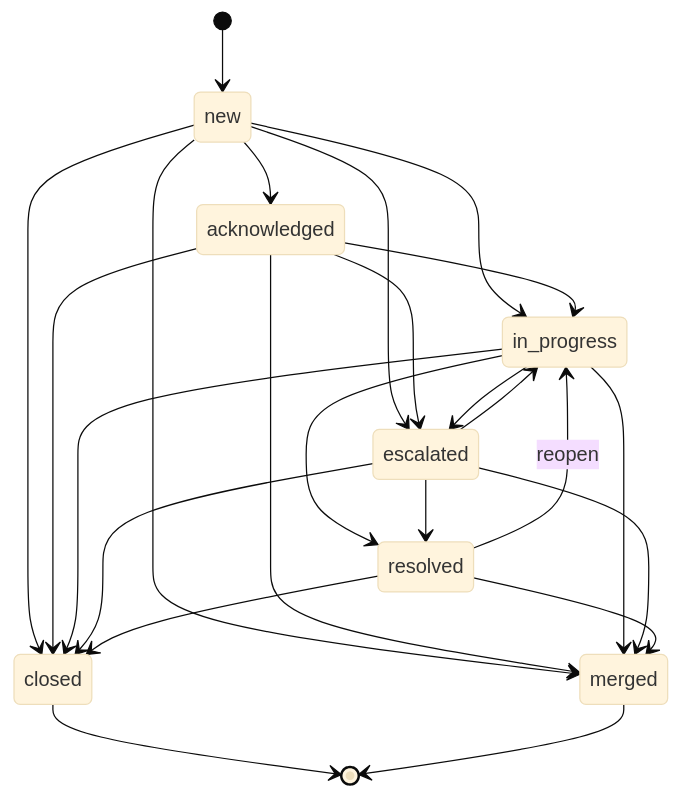
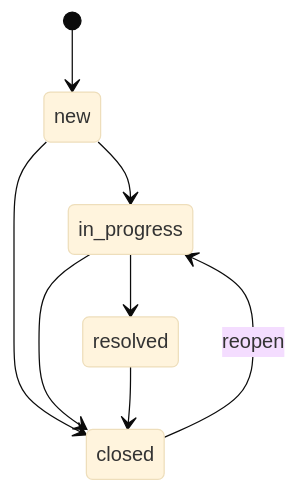
Before and after one commit to refractionPOINT/documentation: the diagram in docs/5-integrations/extensions/limacharlie/cases.md, drawn with Mermaid (base theme). The commit also changed other lines of this file, not shown here.

````diff
--- a/docs/5-integrations/extensions/limacharlie/cases.md
+++ b/docs/5-integrations/extensions/limacharlie/cases.md
@@ -53,26 +53,10 @@
 ```mermaid
 stateDiagram-v2
     [*] --> new
-    new --> acknowledged
     new --> in_progress
-    new --> escalated
     new --> closed
-    new --> merged
-    acknowledged --> in_progress
-    acknowledged --> escalated
-    acknowledged --> closed
-    acknowledged --> merged
-    in_progress --> escalated
     in_progress --> resolved
     in_progress --> closed
-    in_progress --> merged
-    escalated --> in_progress
-    escalated --> resolved
-    escalated --> closed
-    escalated --> merged
     resolved --> closed
-    resolved --> in_progress: reopen
-    resolved --> merged
-    closed --> [*]
-    merged --> [*]
+    closed --> in_progress: reopen
 ```
````
